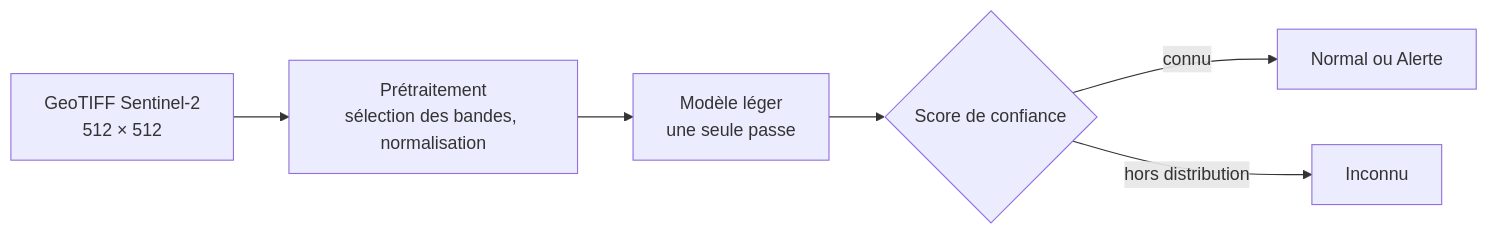
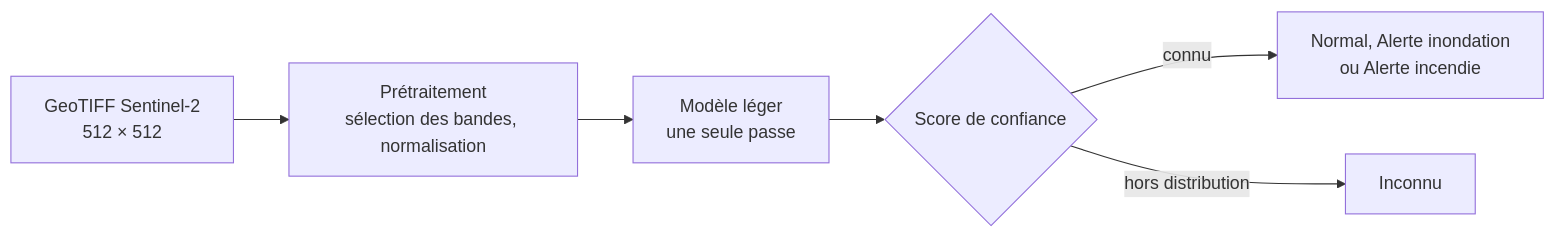
The diagram in docs/method.md (elfried96/onelook-alert_Elf), drawn with Mermaid before and after one commit. The commit also changed other lines of this file and 5 other files, not shown here.

````diff
--- a/docs/method.md
+++ b/docs/method.md
@@ -7,8 +7,8 @@
 ```mermaid
 flowchart LR
   A[GeoTIFF Sentinel-2<br/>512 × 512] --> B[Prétraitement<br/>sélection des bandes, normalisation]
   B --> C[Modèle léger<br/>une seule passe]
   C --> D{Score de confiance}
-  D -->|connu| E[Normal ou Alerte]
+  D -->|connu| E[Normal, Alerte inondation<br/>ou Alerte incendie]
   D -->|hors distribution| F[Inconnu]
 ```
````
